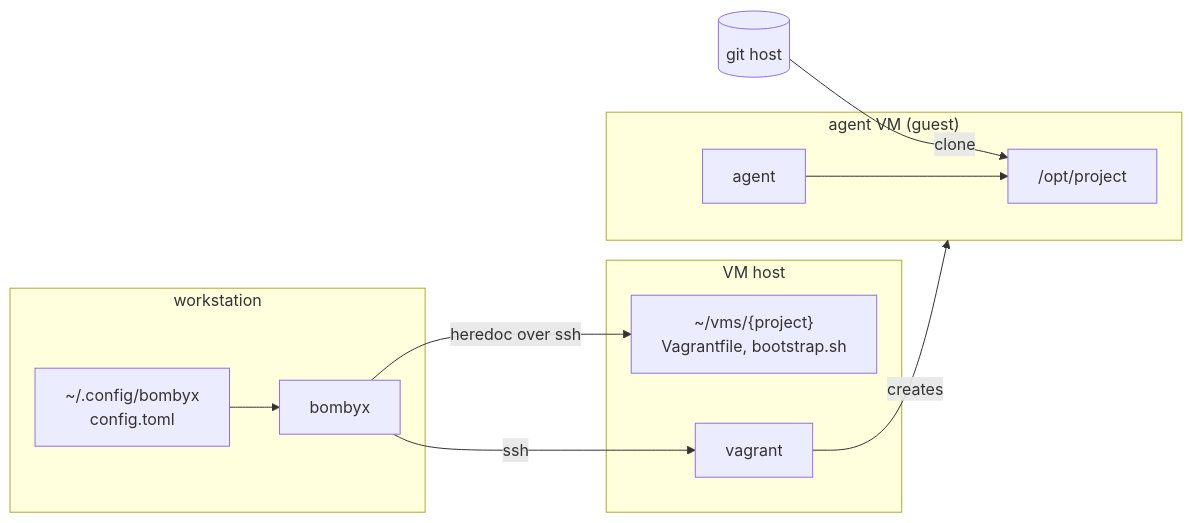
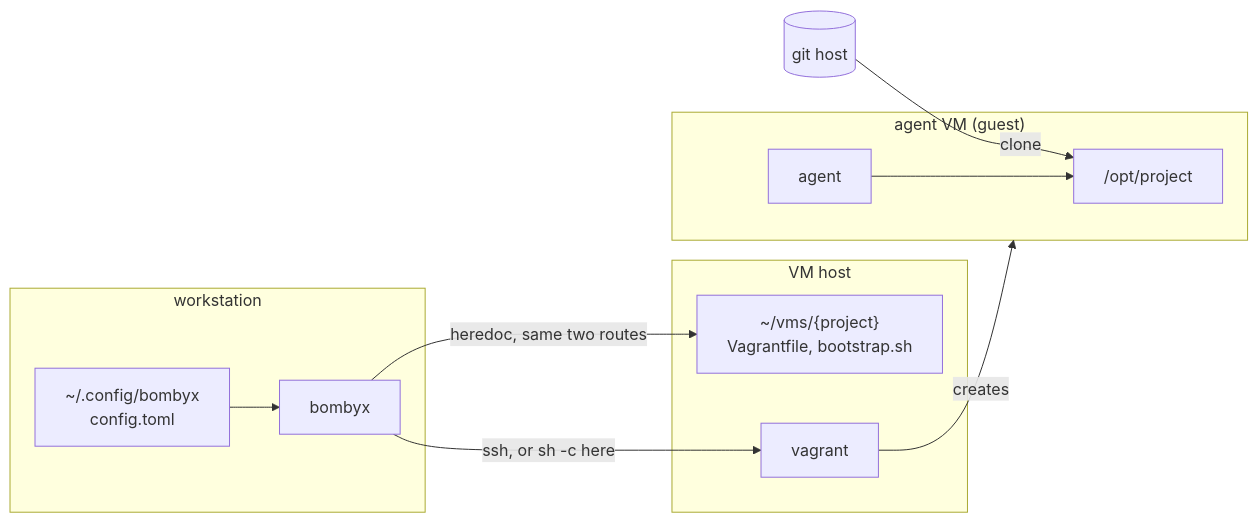
The first of 6 diagrams in docs/architecture.md (breki/bombyx), drawn with Mermaid before and after one commit. The commit also changed other lines of this file and 20 other files, not shown here.

````diff
--- a/docs/architecture.md
+++ b/docs/architecture.md
@@ -9,26 +10,26 @@
 ```mermaid
 flowchart LR
   subgraph ws["workstation"]
     reg["~/.config/bombyx<br/>config.toml"]
     cli["bombyx"]
   end
 
   subgraph host["VM host"]
     dir["~/vms/{project}<br/>Vagrantfile, bootstrap.sh"]
     vg["vagrant"]
   end
 
   subgraph guest["agent VM (guest)"]
     clone["/opt/project"]
     agent["agent"]
   end
 
   git[("git host")]
 
   reg --> cli
-  cli -- ssh --> vg
-  cli -- "heredoc over ssh" --> dir
+  cli -- "ssh, or sh -c here" --> vg
+  cli -- "heredoc, same two routes" --> dir
   vg -- creates --> guest
   git -- clone --> clone
   agent --> clone
 ```
````
